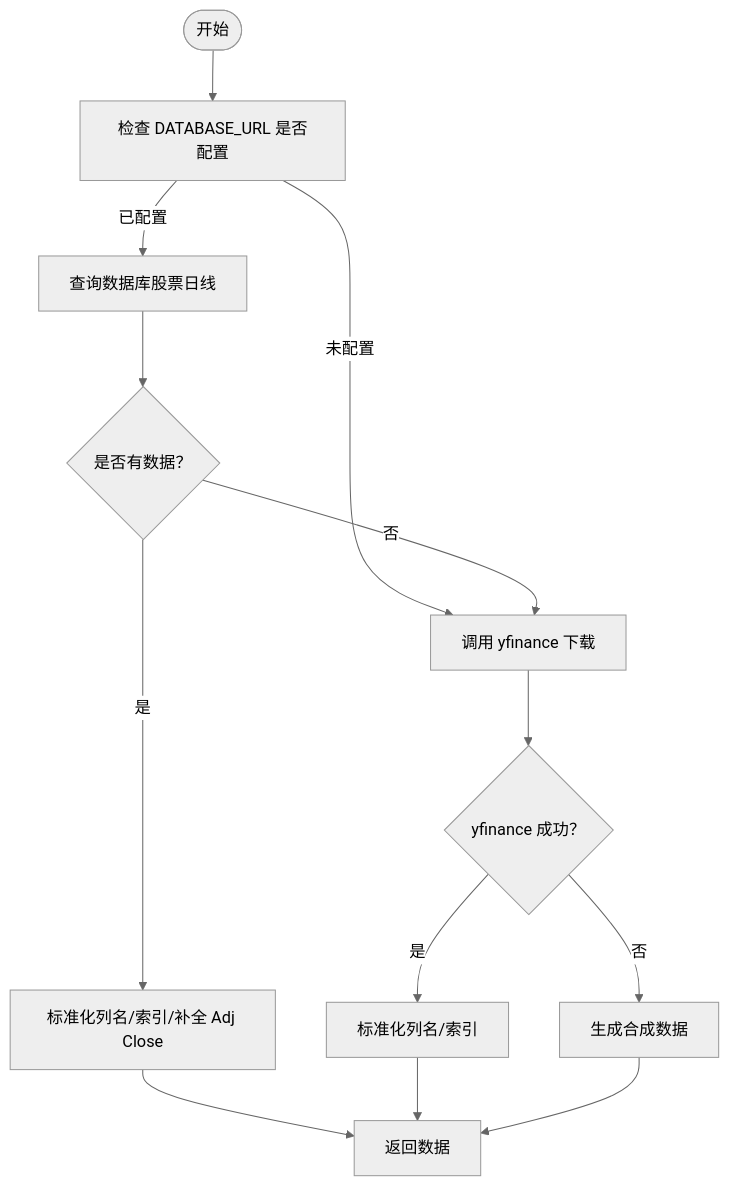
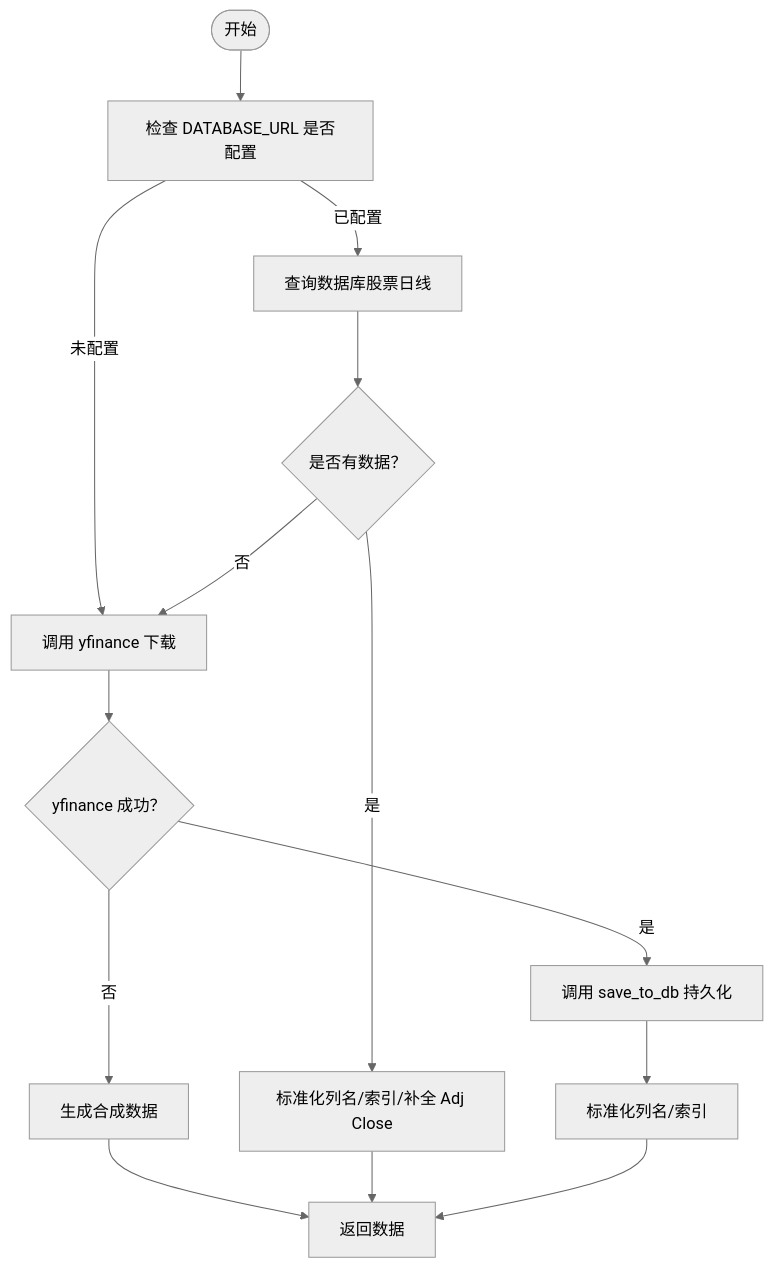
Before and after one commit to faryhuo/backtrader: the third of 7 diagrams in .qoder/repowiki/zh/content/后端架构/数据模型/数据访问服务/数据源服务.md, drawn with Mermaid (neutral theme). The commit also changed other lines of this file and 23 other files, not shown here.

````diff
--- a/.qoder/repowiki/zh/content/后端架构/数据模型/数据访问服务/数据源服务.md
+++ b/.qoder/repowiki/zh/content/后端架构/数据模型/数据访问服务/数据源服务.md
@@ -145,15 +158,16 @@
 ```mermaid
 flowchart TD
 Start(["开始"]) --> CheckDB["检查 DATABASE_URL 是否配置"]
 CheckDB --> |未配置| TryYF["调用 yfinance 下载"]
 CheckDB --> |已配置| QueryDB["查询数据库股票日线"]
 QueryDB --> HasData{"是否有数据？"}
 HasData --> |是| NormalizeDB["标准化列名/索引/补全 Adj Close"]
 HasData --> |否| TryYF
 TryYF --> YFSuccess{"yfinance 成功？"}
-YFSuccess --> |是| NormalizeYF["标准化列名/索引"]
+YFSuccess --> |是| SaveToDB["调用 save_to_db 持久化"]
 YFSuccess --> |否| GenSynthetic["生成合成数据"]
-NormalizeDB --> Return["返回数据"]
+SaveToDB --> NormalizeYF["标准化列名/索引"]
+GenSynthetic --> Return["返回数据"]
+NormalizeDB --> Return
 NormalizeYF --> Return
-GenSynthetic --> Return
 ```
````
